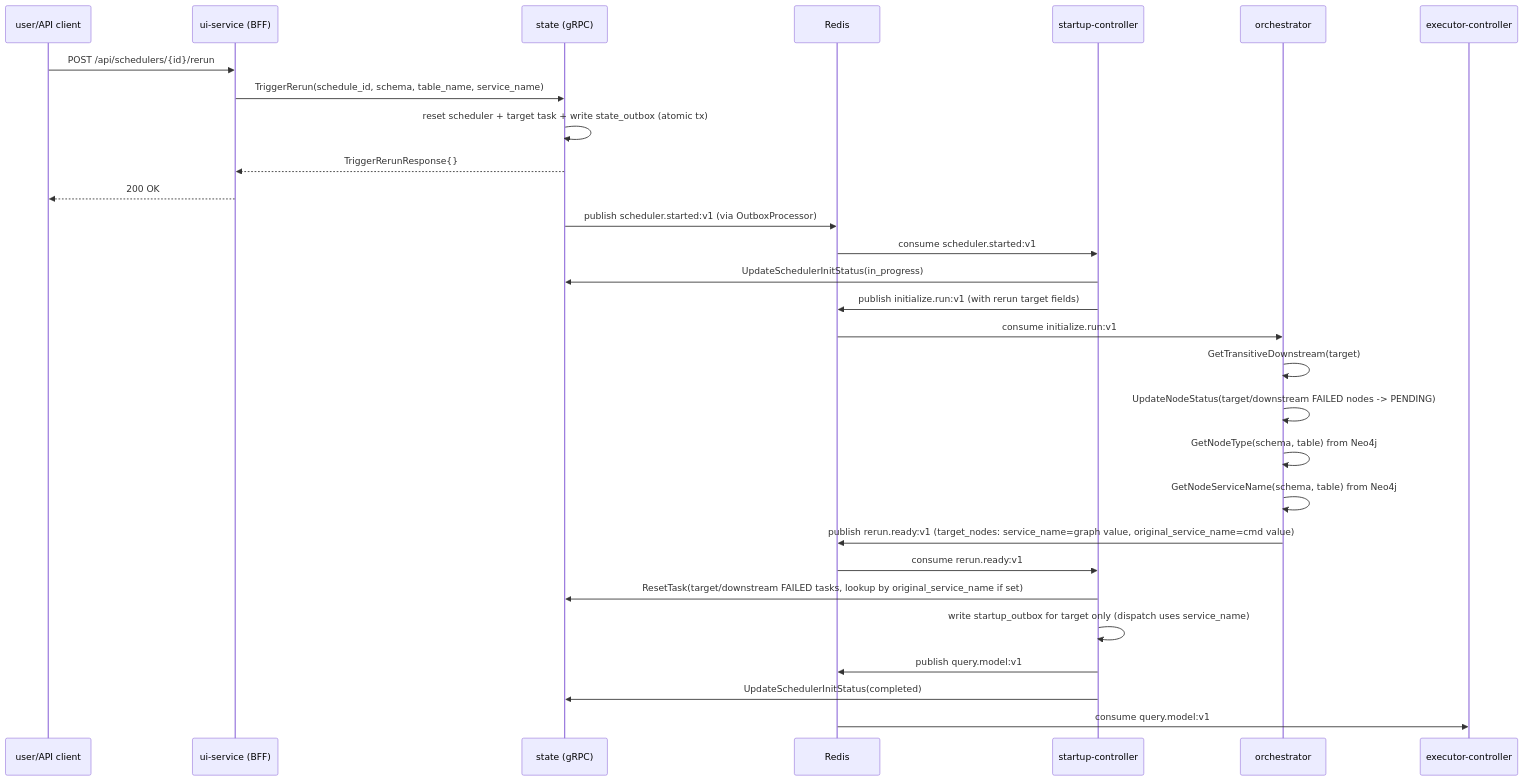
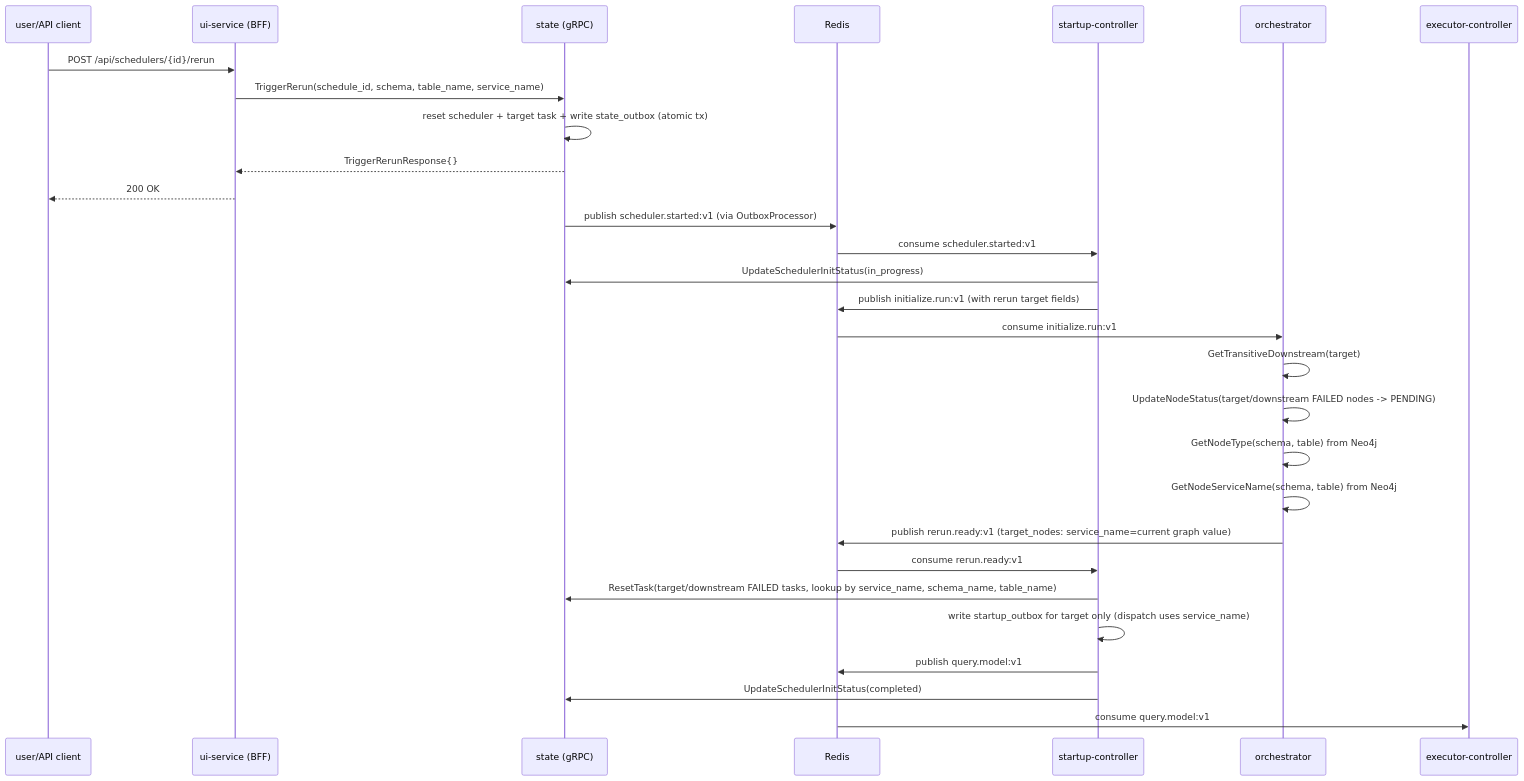
Before and after one commit to carolsimone/continuo: the fourth of 5 diagrams in docs/arch/03-sequence-flows.md, drawn with Mermaid. The commit also changed 6 other files, not shown here.

Commit message:
docs(arch): update for schema_name standardization, dbt-job labels, and K8s config fallback

````diff
--- a/docs/arch/03-sequence-flows.md
+++ b/docs/arch/03-sequence-flows.md
@@ -108,32 +108,32 @@
 ```mermaid
 sequenceDiagram
   participant U as user/API client
   participant UI as ui-service (BFF)
   participant ST as state (gRPC)
   participant R as Redis
   participant SC as startup-controller
   participant OR as orchestrator
   participant EC as executor-controller
 
   U->>UI: POST /api/schedulers/{id}/rerun
   UI->>ST: TriggerRerun(schedule_id, schema, table_name, service_name)
   ST->>ST: reset scheduler + target task + write state_outbox (atomic tx)
   ST-->>UI: TriggerRerunResponse{}
   UI-->>U: 200 OK
   ST->>R: publish scheduler.started:v1 (via OutboxProcessor)
   R->>SC: consume scheduler.started:v1
   SC->>ST: UpdateSchedulerInitStatus(in_progress)
   SC->>R: publish initialize.run:v1 (with rerun target fields)
   R->>OR: consume initialize.run:v1
   OR->>OR: GetTransitiveDownstream(target)
   OR->>OR: UpdateNodeStatus(target/downstream FAILED nodes -> PENDING)
   OR->>OR: GetNodeType(schema, table) from Neo4j
   OR->>OR: GetNodeServiceName(schema, table) from Neo4j
-  OR->>R: publish rerun.ready:v1 (target_nodes: service_name=graph value, original_service_name=cmd value)
+  OR->>R: publish rerun.ready:v1 (target_nodes: service_name=current graph value)
   R->>SC: consume rerun.ready:v1
-  SC->>ST: ResetTask(target/downstream FAILED tasks, lookup by original_service_name if set)
+  SC->>ST: ResetTask(target/downstream FAILED tasks, lookup by service_name, schema_name, table_name)
   SC->>SC: write startup_outbox for target only (dispatch uses service_name)
   SC->>R: publish query.model:v1
   SC->>ST: UpdateSchedulerInitStatus(completed)
   R->>EC: consume query.model:v1
 ```
````
